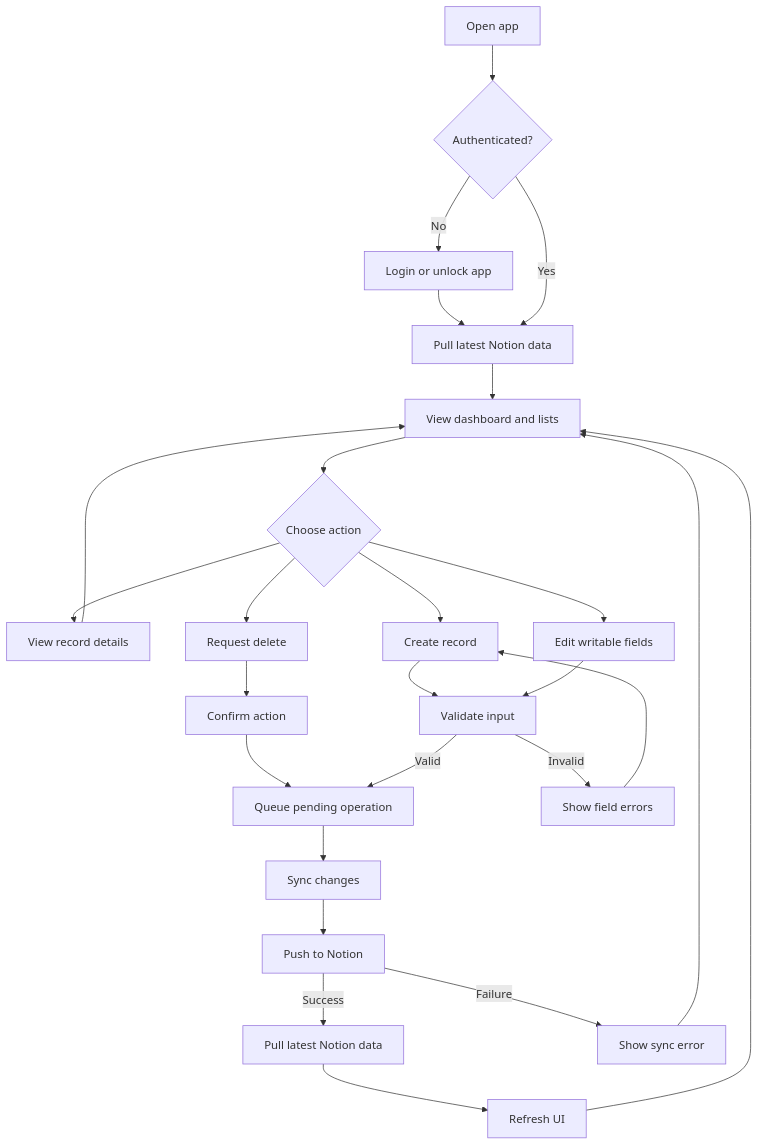
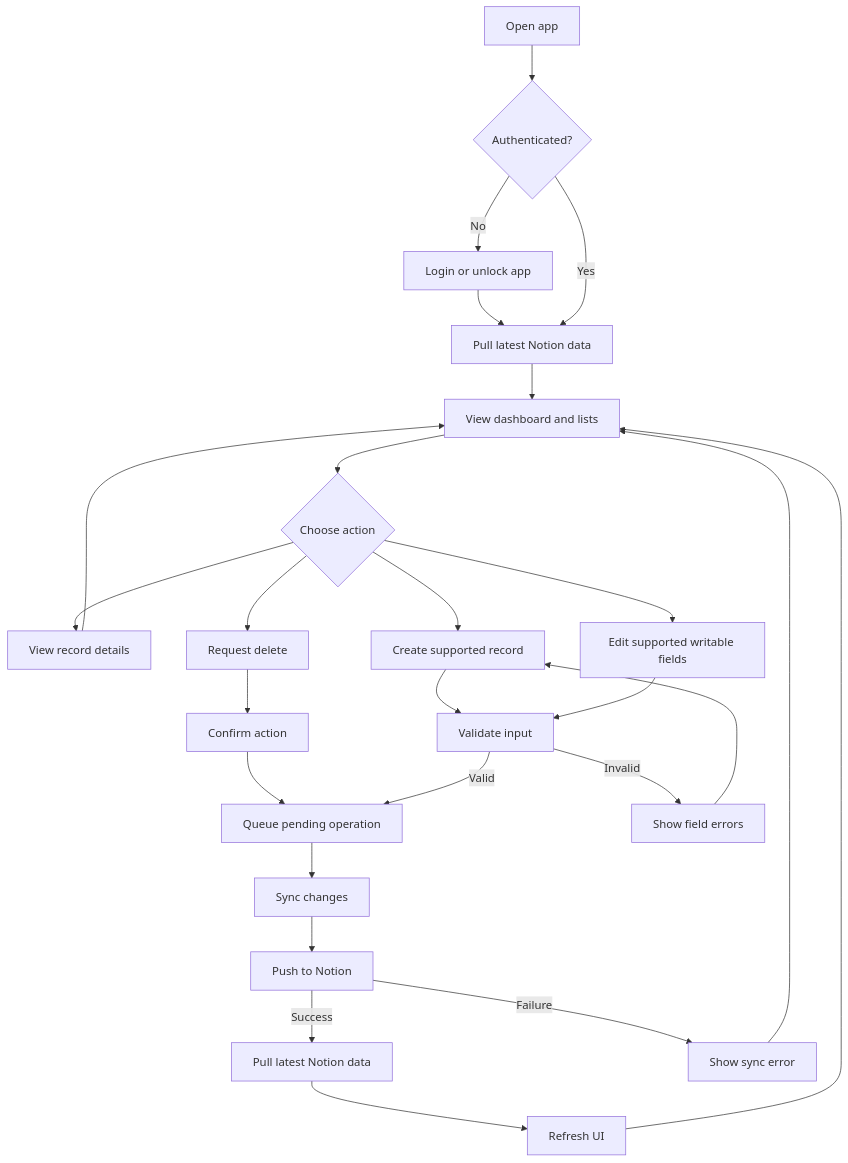
The diagram in wiki/diagrams/user-flow.md (work-w-chrstnrpj/Notable_Finance), drawn with Mermaid before and after one commit. The commit also changed other lines of this file and 120 other files, not shown here.

````diff
--- a/wiki/diagrams/user-flow.md
+++ b/wiki/diagrams/user-flow.md
@@ -5,28 +5,28 @@
 ```mermaid
 flowchart TD
     Start[Open app] --> Auth{Authenticated?}
     Auth -->|No| Login[Login or unlock app]
     Login --> Pull
     Auth -->|Yes| Pull[Pull latest Notion data]
     Pull --> Dashboard[View dashboard and lists]
     Dashboard --> Action{Choose action}
     Action --> View[View record details]
-    Action --> Create[Create record]
-    Action --> Edit[Edit writable fields]
+    Action --> Create[Create supported record]
+    Action --> Edit[Edit supported writable fields]
     Action --> Delete[Request delete]
     View --> Dashboard
     Create --> Validate[Validate input]
     Edit --> Validate
     Delete --> Confirm[Confirm action]
     Confirm --> Queue[Queue pending operation]
     Validate -->|Invalid| FormError[Show field errors]
     FormError --> Create
     Validate -->|Valid| Queue
     Queue --> Sync[Sync changes]
     Sync --> Push[Push to Notion]
     Push -->|Success| Repull[Pull latest Notion data]
     Push -->|Failure| SyncError[Show sync error]
     Repull --> Refresh[Refresh UI]
     Refresh --> Dashboard
     SyncError --> Dashboard
 ```
````
